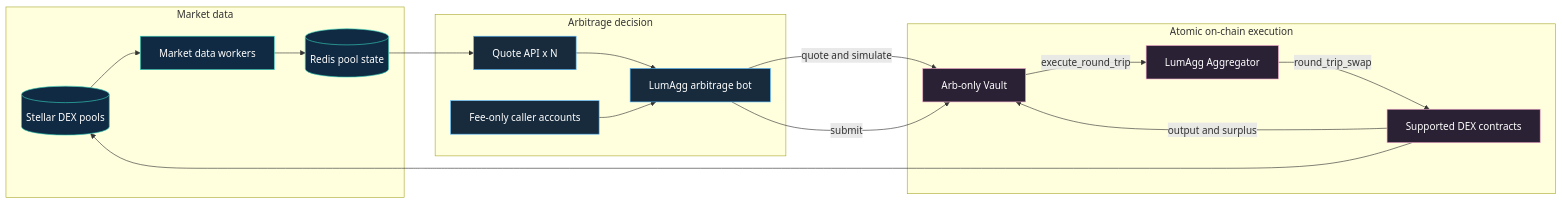
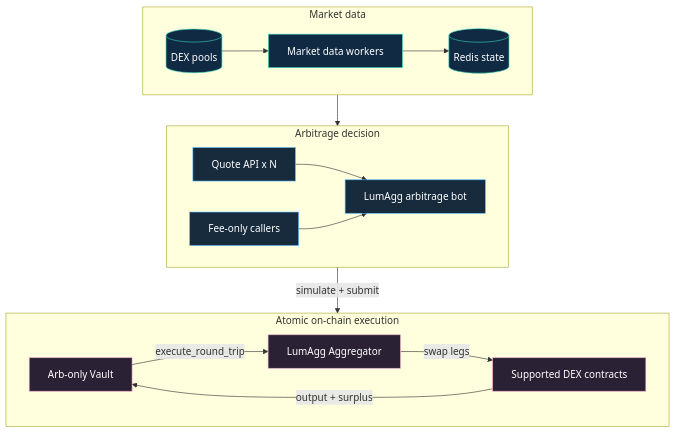
Before and after one commit to Lum-Agg/stellar-dex-agg: the diagram in docs/arb-operator.md, drawn with Mermaid.

Commit message:
chore: update arb-operator doc

````diff
--- a/docs/arb-operator.md
+++ b/docs/arb-operator.md
@@ -9,37 +9,30 @@
 ```mermaid
-flowchart LR
+flowchart TB
   subgraph Market[Market data]
-    Pools[(Stellar DEX pools)]
-    Worker[Market data workers]
-    Redis[(Redis pool state)]
-    Pools --> Worker --> Redis
+    direction LR
+    Pools[(DEX pools)] --> Worker[Market data workers] --> Redis[(Redis state)]
   end
 
   subgraph Decision[Arbitrage decision]
-    API[Quote API x N]
-    Bot[LumAgg arbitrage bot]
-    Callers[Fee-only caller accounts]
+    direction LR
+    API[Quote API x N] --> Bot[LumAgg arbitrage bot]
+    Callers[Fee-only callers] --> Bot
     Redis --> API
-    API --> Bot
-    Callers --> Bot
   end
 
   subgraph Execution[Atomic on-chain execution]
-    Vault[Arb-only Vault]
-    Aggregator[LumAgg Aggregator]
-    Venue[Supported DEX contracts]
-    Bot -->|quote and simulate| Vault
-    Bot -->|submit| Vault
-    Vault -->|execute_round_trip| Aggregator
-    Aggregator -->|round_trip_swap| Venue
-    Venue --> Pools
-    Venue -->|output and surplus| Vault
+    direction LR
+    Vault[Arb-only Vault] -->|execute_round_trip| Aggregator[LumAgg Aggregator]
+    Aggregator -->|swap legs| Venue[Supported DEX contracts]
+    Venue -->|output + surplus| Vault
   end
+
+  Bot -->|simulate + submit| Vault
 
   classDef data fill:#102a43,stroke:#35d0ba,color:#fff
   classDef app fill:#172b3d,stroke:#55b8ff,color:#fff
   classDef chain fill:#2b2135,stroke:#f0a6ca,color:#fff
   class Pools,Worker,Redis data
   class API,Bot,Callers app
   class Vault,Aggregator,Venue chain
 ```
````
